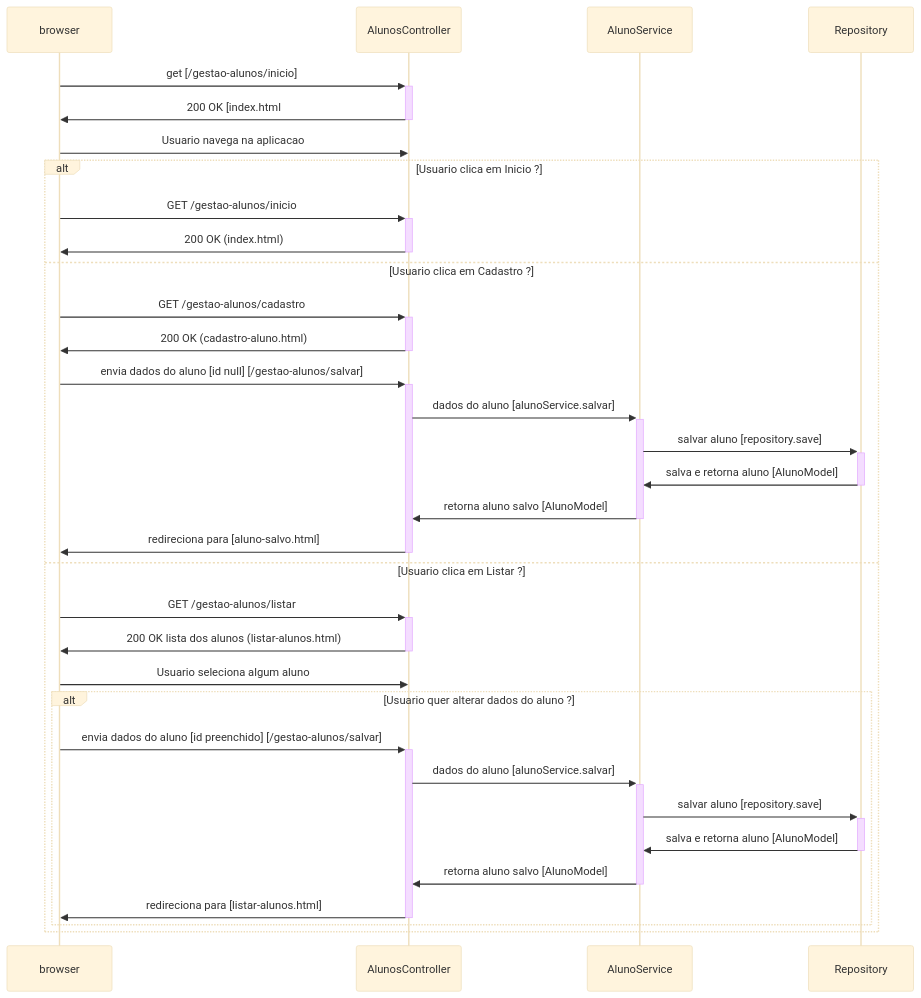
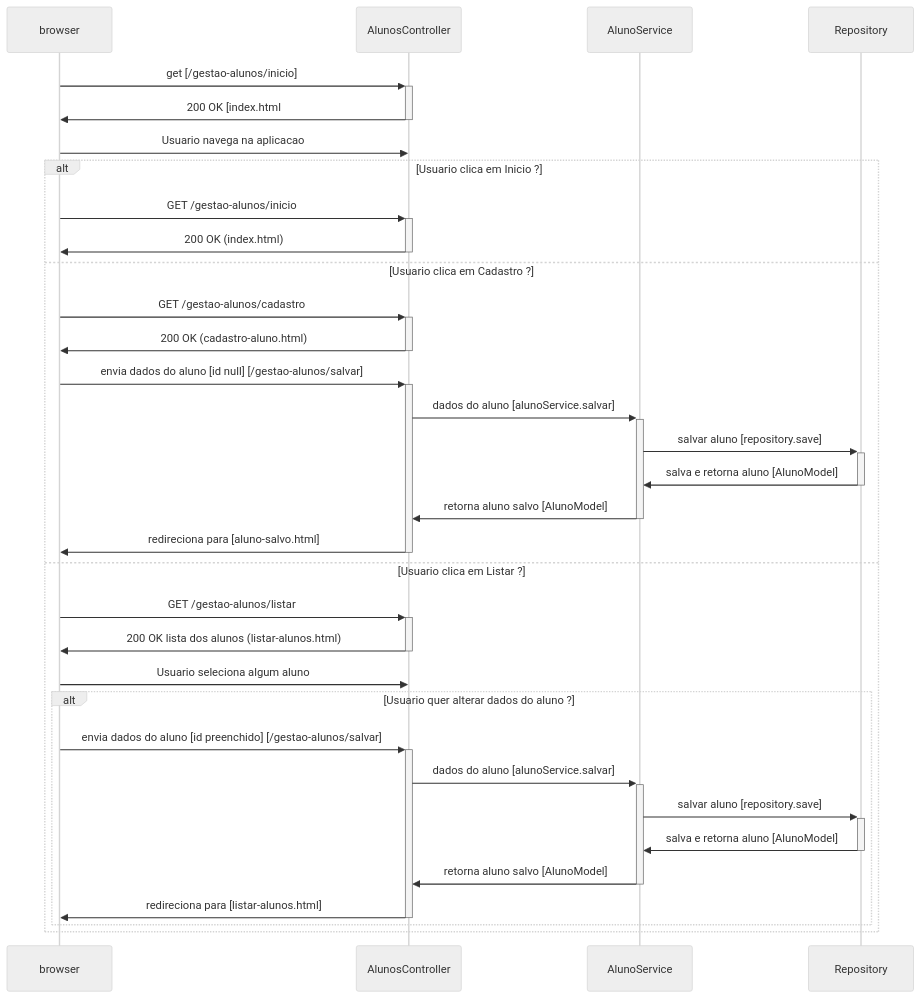
One commit to evertongodoy/gestao-alunos changed the diagram in README.md. Above: the diagram before and after it, drawn with Mermaid.

````diff
--- a/README.md
+++ b/README.md
@@ -43,39 +43,39 @@
 ```mermaid
 ---
 config:
-  theme: base
+  theme: neutral
 ---
 sequenceDiagram
     participant browser
     participant controller as AlunosController
     participant service as AlunoService
     participant repository as Repository
     browser->>+controller: get [/gestao-alunos/inicio]
     controller->>-browser: 200 OK [index.html
     browser->>controller: Usuario navega na aplicacao
     alt Usuario clica em Inicio ?
         browser->>+controller: GET /gestao-alunos/inicio
         controller->>-browser: 200 OK (index.html)
     else Usuario clica em Cadastro ?
         browser->>+controller: GET /gestao-alunos/cadastro
         controller->>-browser: 200 OK (cadastro-aluno.html)
         browser->>+controller: envia dados do aluno [id null] [/gestao-alunos/salvar]
         controller->>+service: dados do aluno [alunoService.salvar]
         service->>+repository: salvar aluno [repository.save]
         repository->>-service: salva e retorna aluno [AlunoModel]
         service->>-controller: retorna aluno salvo [AlunoModel]
         controller->>-browser: redireciona para [aluno-salvo.html]
     else Usuario clica em Listar ?
         browser->>+controller: GET /gestao-alunos/listar
         controller->>-browser: 200 OK lista dos alunos (listar-alunos.html)
         browser->>controller: Usuario seleciona algum aluno
         alt Usuario quer alterar dados do aluno ?
             browser->>+controller: envia dados do aluno [id preenchido] [/gestao-alunos/salvar]
             controller->>+service: dados do aluno [alunoService.salvar]
             service->>+repository: salvar aluno [repository.save]
             repository->>-service: salva e retorna aluno [AlunoModel]
             service->>-controller: retorna aluno salvo [AlunoModel]        
             controller->>-browser: redireciona para [listar-alunos.html]
         end    
     end
 ```
````
